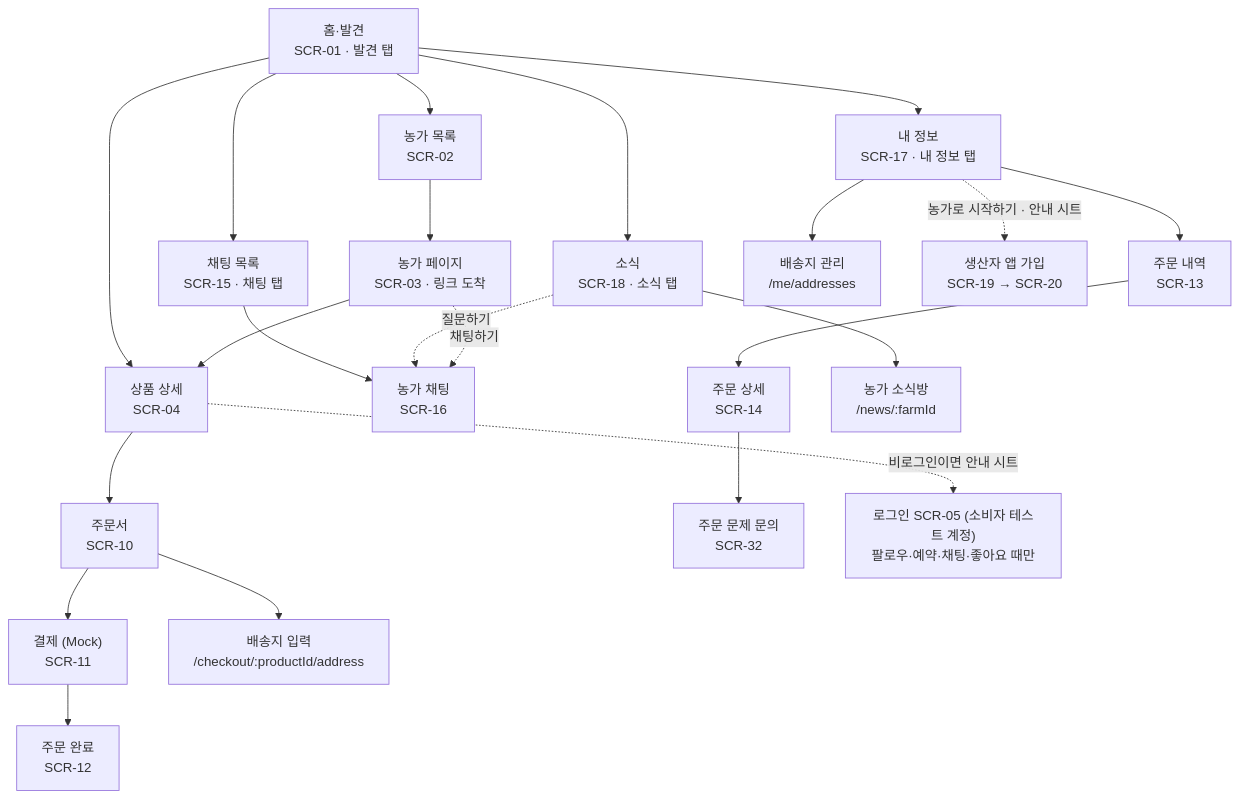
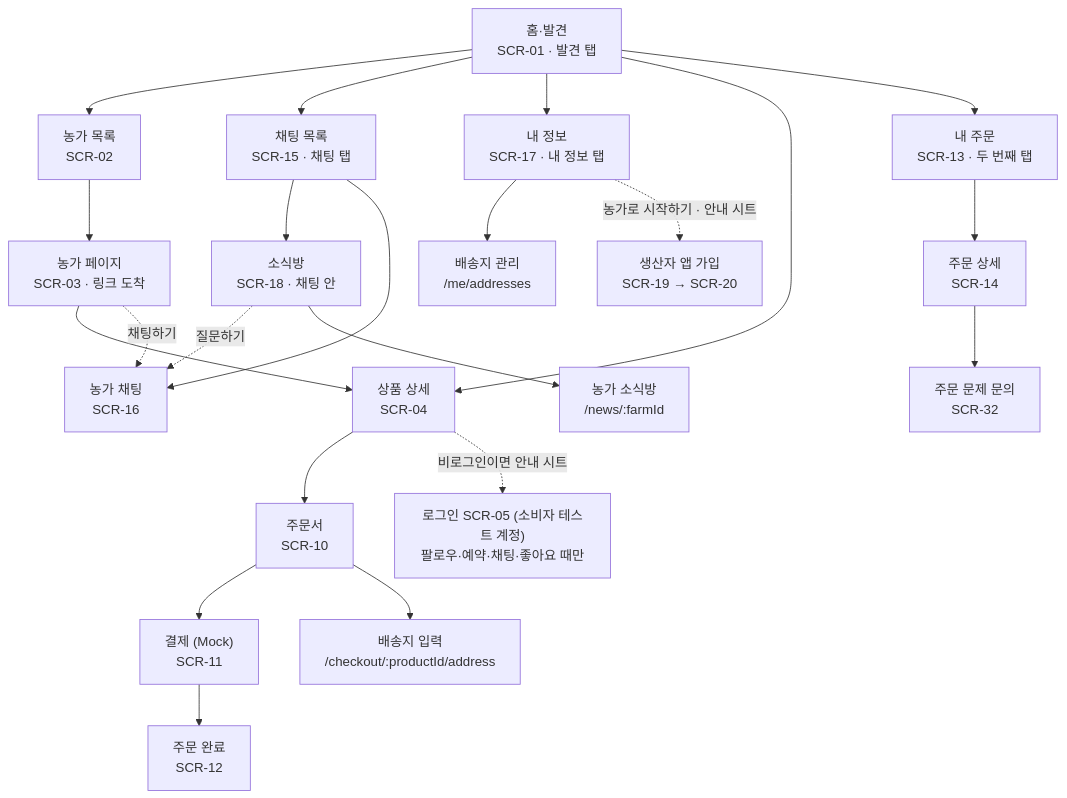
Before and after one commit to snuhcs-course/swpp-2026-project-team-06: the first of 4 diagrams in docs/spec/ia.md, drawn with Mermaid. The commit also changed other lines of this file and 20 other files, not shown here.

````diff
--- a/docs/spec/ia.md
+++ b/docs/spec/ia.md
@@ -23,25 +23,25 @@
 ```mermaid
 flowchart TD
   home["홈·발견<br/>SCR-01 · 발견 탭"]
   home --> farms["농가 목록<br/>SCR-02"]
-  home --> news["소식<br/>SCR-18 · 소식 탭"]
+  chats --> news["소식방<br/>SCR-18 · 채팅 안"]
   home --> chats["채팅 목록<br/>SCR-15 · 채팅 탭"]
   home --> me["내 정보<br/>SCR-17 · 내 정보 탭"]
   farms --> farm["농가 페이지<br/>SCR-03 · 링크 도착"]
   home --> product
   farm --> product["상품 상세<br/>SCR-04"]
   product --> checkout["주문서<br/>SCR-10"]
   checkout --> pay["결제 (Mock)<br/>SCR-11"]
   pay --> done["주문 완료<br/>SCR-12"]
   chats --> chat["농가 채팅<br/>SCR-16"]
   news -. 질문하기 .-> chat
   farm -. 채팅하기 .-> chat
-  me --> orders["주문 내역<br/>SCR-13"]
+  home --> orders["내 주문<br/>SCR-13 · 두 번째 탭"]
   orders --> detail["주문 상세<br/>SCR-14"]
   detail --> inquiry["주문 문제 문의<br/>SCR-32"]
   news --> room["농가 소식방<br/>/news/:farmId"]
   me --> addresses["배송지 관리<br/>/me/addresses"]
   checkout --> address["배송지 입력<br/>/checkout/:productId/address"]
   product -. 비로그인이면 안내 시트 .-> login["로그인 SCR-05 (소비자 테스트 계정)<br/>팔로우·예약·채팅·좋아요 때만"]
   me -. 농가로 시작하기 · 안내 시트 .-> papp["생산자 앱 가입<br/>SCR-19 → SCR-20"]
 ```
````
